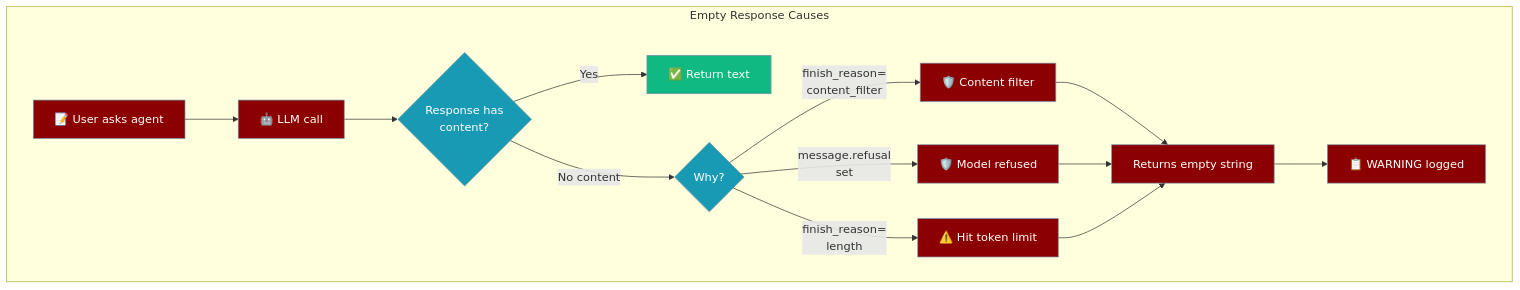
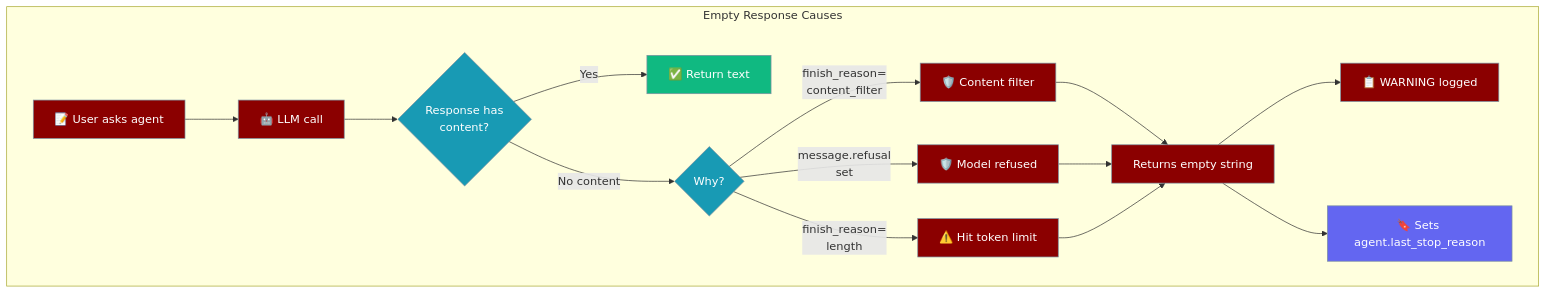
One commit to MervinPraison/PraisonAIDocs changed the diagram in docs/best-practices/error-handling.mdx. Above: the diagram before and after it, drawn with Mermaid. The commit also changed other lines of this file and 10 other files, not shown here.

````diff
--- a/docs/best-practices/error-handling.mdx
+++ b/docs/best-practices/error-handling.mdx
@@ -320,26 +320,29 @@
 ```mermaid
 graph TB
     subgraph "Empty Response Causes"
         Req[📝 User asks agent] --> LLM[🤖 LLM call]
         LLM --> Check{Response has<br/>content?}
         Check -->|Yes| Reply[✅ Return text]
         Check -->|No content| Why{Why?}
         Why -->|finish_reason=<br/>content_filter| CF[🛡️ Content filter]
         Why -->|message.refusal<br/>set| Ref[🛡️ Model refused]
         Why -->|finish_reason=<br/>length| Len[⚠️ Hit token limit]
         CF --> Empty[Returns empty string]
         Ref --> Empty
         Len --> Empty
         Empty --> Warn[📋 WARNING logged]
+        Empty --> Stop[🔖 Sets agent.last_stop_reason]
     end
 
     classDef req fill:#8B0000,stroke:#7C90A0,color:#fff
     classDef proc fill:#189AB4,stroke:#7C90A0,color:#fff
     classDef ok fill:#10B981,stroke:#7C90A0,color:#fff
     classDef bad fill:#8B0000,stroke:#7C90A0,color:#fff
+    classDef signal fill:#6366F1,stroke:#7C90A0,color:#fff
 
     class Req,LLM req
     class Check,Why proc
     class Reply ok
     class CF,Ref,Len,Empty,Warn bad
+    class Stop signal
 ```
````
